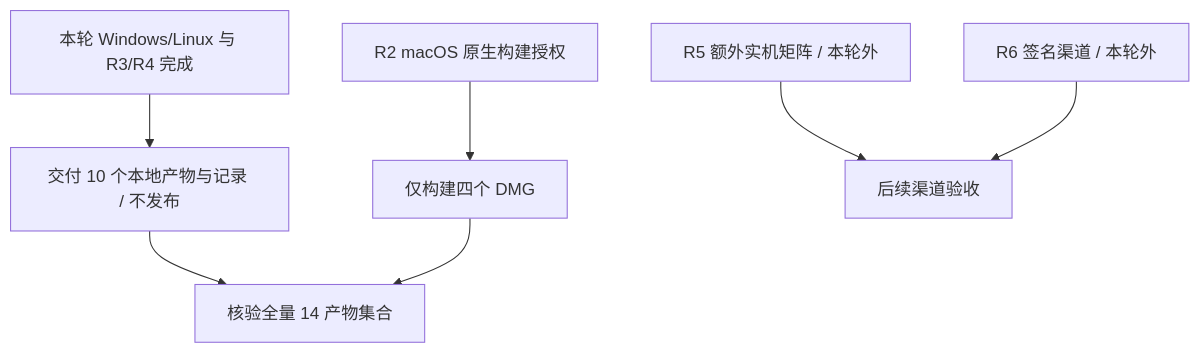
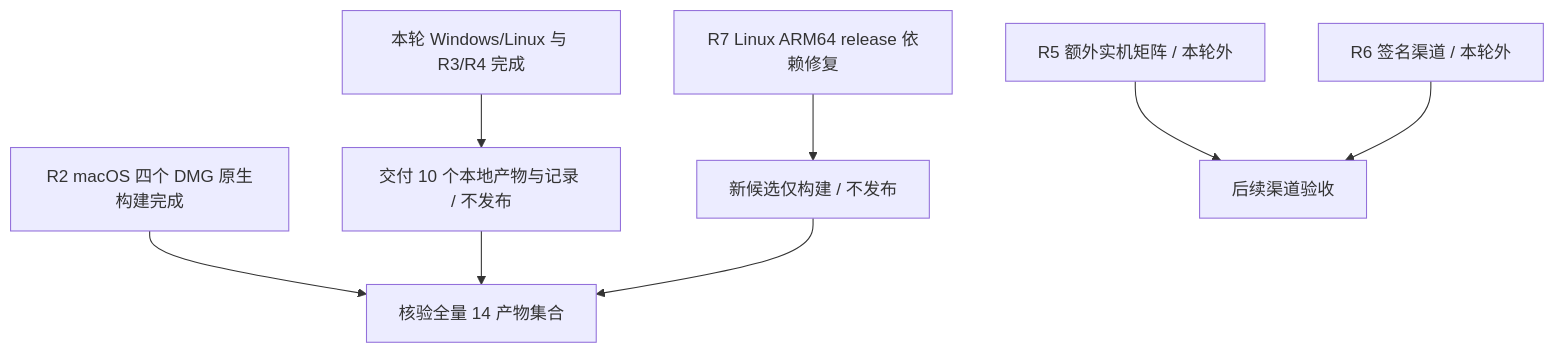
Before and after one commit to owent/xresconv-gui: the diagram in docs/plan/08-release-follow-up.md, drawn with Mermaid. The commit also changed other lines of this file and 9 other files, not shown here.

````diff
--- a/docs/plan/08-release-follow-up.md
+++ b/docs/plan/08-release-follow-up.md
@@ -23,9 +24,10 @@
 ```mermaid
 flowchart TD
     Local[本轮 Windows/Linux 与 R3/R4 完成] --> Deliver[交付 10 个本地产物与记录 / 不发布]
-    Auth[R2 macOS 原生构建授权] --> Mac[仅构建四个 DMG]
+    Mac[R2 macOS 四个 DMG 原生构建完成] --> Full
     Deliver --> Full[核验全量 14 产物集合]
-    Mac --> Full
+    Fix[R7 Linux ARM64 release 依赖修复] --> CI[新候选仅构建 / 不发布]
+    CI --> Full
     R5[R5 额外实机矩阵 / 本轮外] --> Future[后续渠道验收]
     R6[R6 签名渠道 / 本轮外] --> Future
 ```
````
